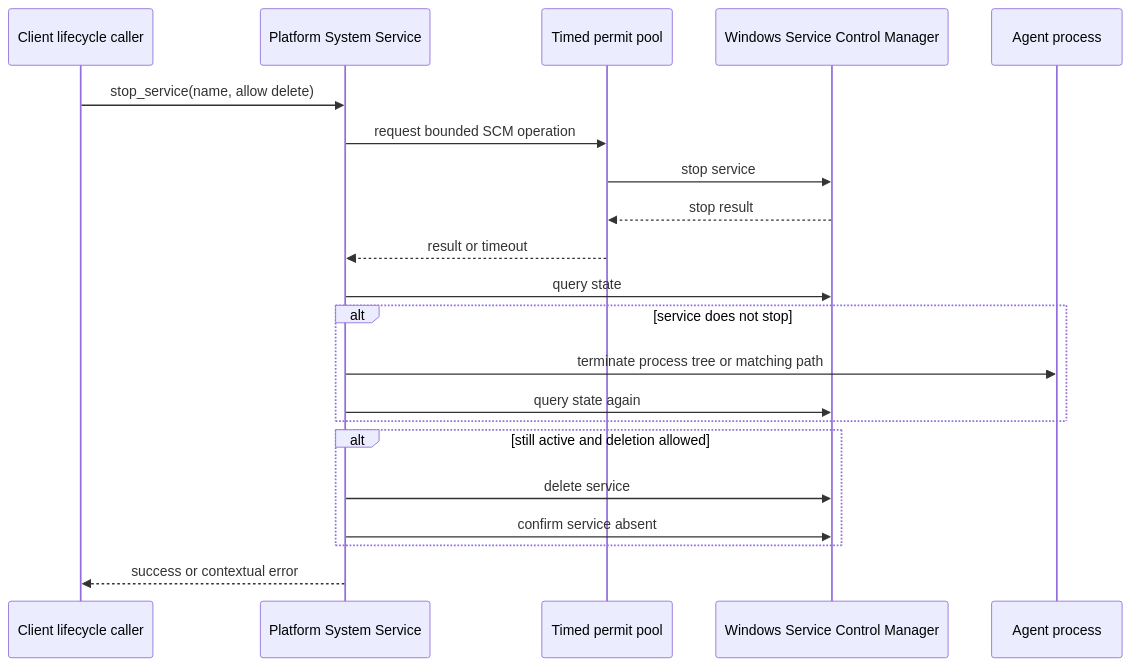
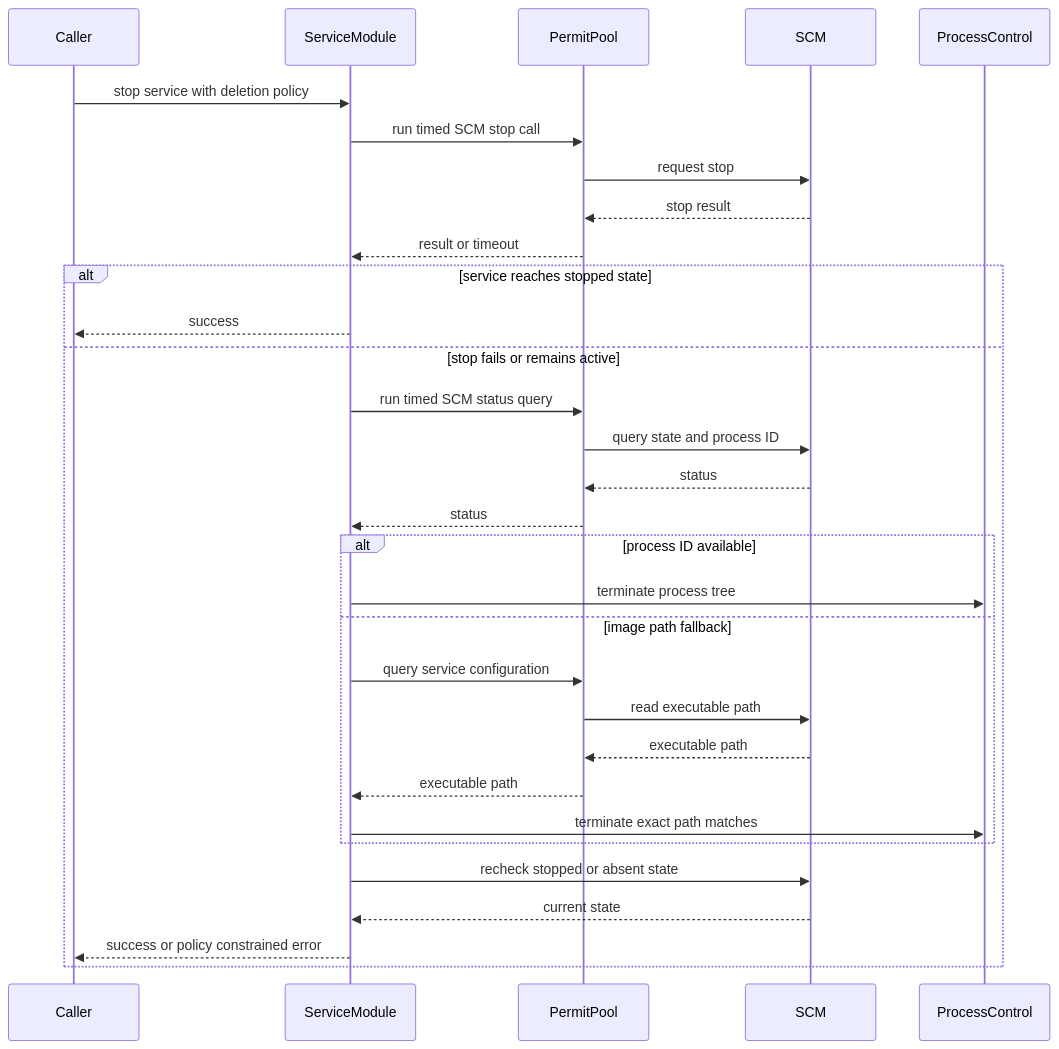
One commit to flamingo-stack/openframe-oss-tenant changed the fourth of 4 diagrams in docs/reference/architecture/openframe-client-core/platform-system-service/platform-system-service.md. Above: the diagram before and after it, drawn with Mermaid. The commit also changed other lines of this file and 2377 other files, not shown here.

````diff
--- a/docs/reference/architecture/openframe-client-core/platform-system-service/platform-system-service.md
+++ b/docs/reference/architecture/openframe-client-core/platform-system-service/platform-system-service.md
@@ -121,23 +164,33 @@
 ```mermaid
 sequenceDiagram
-    participant Caller as Client lifecycle caller
-    participant Module as Platform System Service
-    participant Pool as Timed permit pool
-    participant Scm as Windows Service Control Manager
-    participant Process as Agent process
-    Caller->>Module: stop_service(name, allow delete)
-    Module->>Pool: request bounded SCM operation
-    Pool->>Scm: stop service
-    Scm-->>Pool: stop result
-    Pool-->>Module: result or timeout
-    Module->>Scm: query state
-    alt service does not stop
-        Module->>Process: terminate process tree or matching path
-        Module->>Scm: query state again
+    participant Caller
+    participant ServiceModule
+    participant PermitPool
+    participant SCM
+    participant ProcessControl
+    Caller->>ServiceModule: stop service with deletion policy
+    ServiceModule->>PermitPool: run timed SCM stop call
+    PermitPool->>SCM: request stop
+    SCM-->>PermitPool: stop result
+    PermitPool-->>ServiceModule: result or timeout
+    alt service reaches stopped state
+        ServiceModule-->>Caller: success
+    else stop fails or remains active
+        ServiceModule->>PermitPool: run timed SCM status query
+        PermitPool->>SCM: query state and process ID
+        SCM-->>PermitPool: status
+        PermitPool-->>ServiceModule: status
+        alt process ID available
+            ServiceModule->>ProcessControl: terminate process tree
+        else image path fallback
+            ServiceModule->>PermitPool: query service configuration
+            PermitPool->>SCM: read executable path
+            SCM-->>PermitPool: executable path
+            PermitPool-->>ServiceModule: executable path
+            ServiceModule->>ProcessControl: terminate exact path matches
+        end
+        ServiceModule->>SCM: recheck stopped or absent state
+        SCM-->>ServiceModule: current state
+        ServiceModule-->>Caller: success or policy constrained error
     end
-    alt still active and deletion allowed
-        Module->>Scm: delete service
-        Module->>Scm: confirm service absent
-    end
-    Module-->>Caller: success or contextual error
 ```
````
